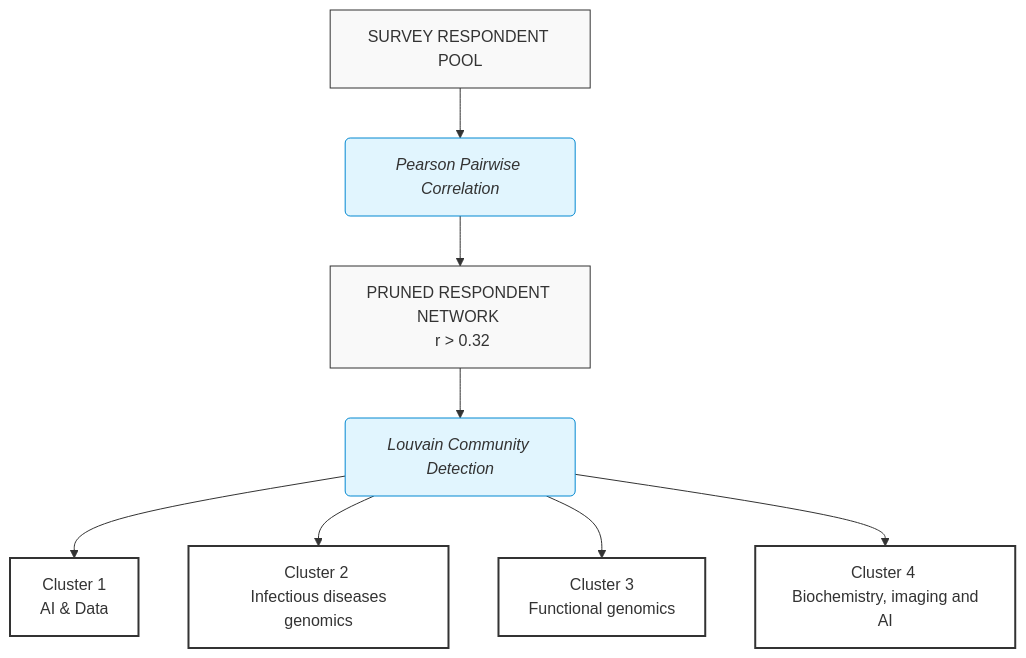
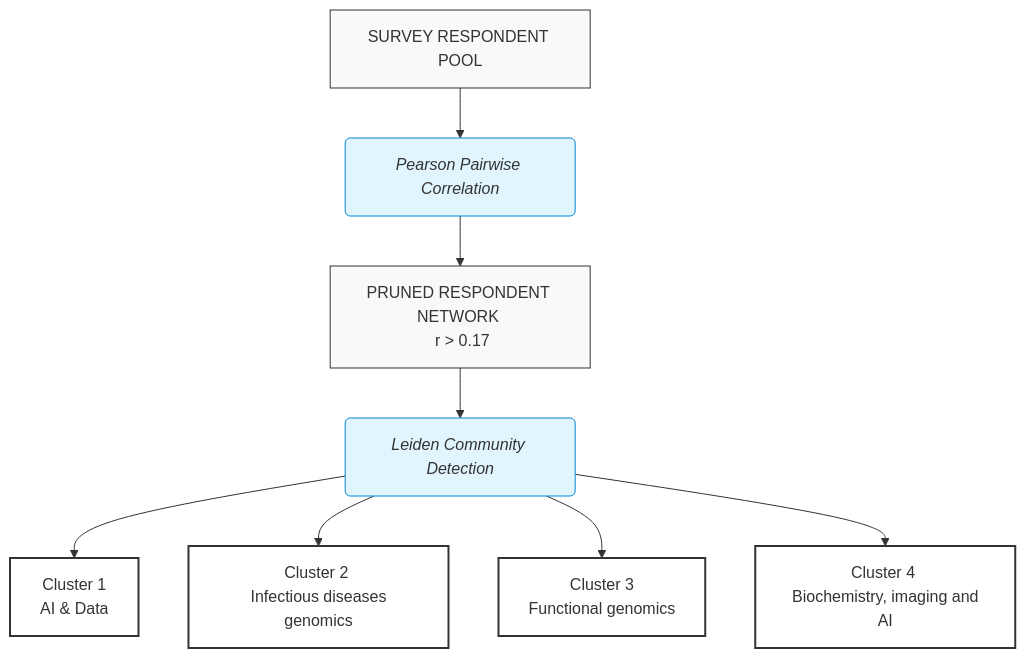
The diagram in manuscript/manuscript.qmd (sib-swiss/analyze-training-needs-survey), drawn with Mermaid before and after one commit. The commit also changed other lines of this file and 26 other files, not shown here.

````diff
--- a/manuscript/manuscript.qmd
+++ b/manuscript/manuscript.qmd
@@ -181,35 +207,35 @@
 ```{mermaid}
 %%| label: fig-cluster-workflow
-%%| fig-cap: "Graph-based clustering workflow for identifying learner profiles. Respondents are modeled as nodes in a network, with edges representing pairwise correlation of training needs. Louvain community detection is applied to identify clusters of respondents with similar training needs, which are subsequently characterized as distinct learner profiles."
+%%| fig-cap: "Graph-based clustering workflow for identifying learner profiles. Respondents are modeled as nodes in a network, with edges representing pairwise correlation of training needs. Leiden community detection is applied to identify clusters of respondents with similar training needs, which are subsequently characterized as distinct learner profiles."
 
 graph TD
     %% Define Styles
     classDef default fill:#f9f9f9,stroke:#333,stroke-width:1px;
     classDef process fill:#e1f5fe,stroke:#0288d1,stroke-width:1px,font-style:italic;
     classDef cluster fill:#fff,stroke:#333,stroke-width:2px;
 
     %% Nodes
     A[SURVEY RESPONDENT POOL]
     B(Pearson Pairwise Correlation)
-    C[PRUNED RESPONDENT NETWORK <br> r > 0.32]
-    D(Louvain Community Detection)
+    C[PRUNED RESPONDENT NETWORK <br> r > 0.17]
+    D(Leiden Community Detection)
     
     E[Cluster 1 <br> AI & Data]
     F[Cluster 2 <br> Infectious diseases genomics]
     G[Cluster 3 <br> Functional genomics]
     H[Cluster 4 <br> Biochemistry, imaging and AI]
 
     %% Class Assignments
     class B,D process;
     class E,F,G,H cluster;
 
     %% Connections
     A --> B
     B --> C
     C --> D
     D --> E
     D --> F
     D --> G
     D --> H
 
 ```
````
